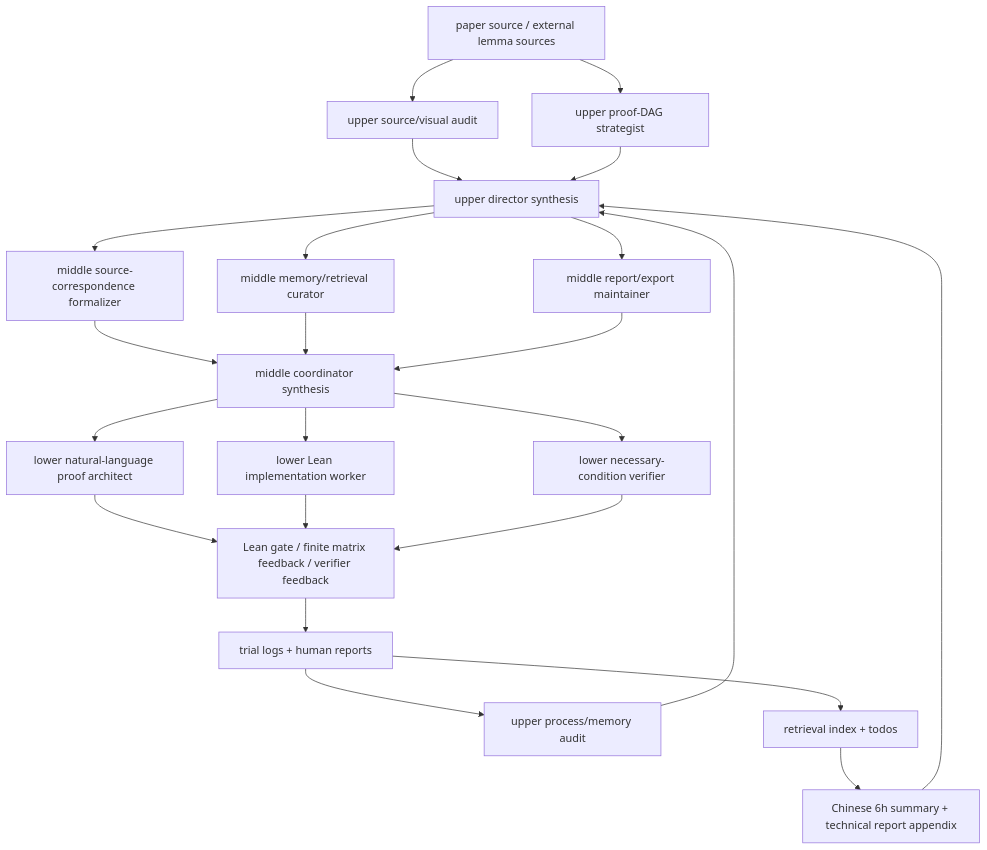
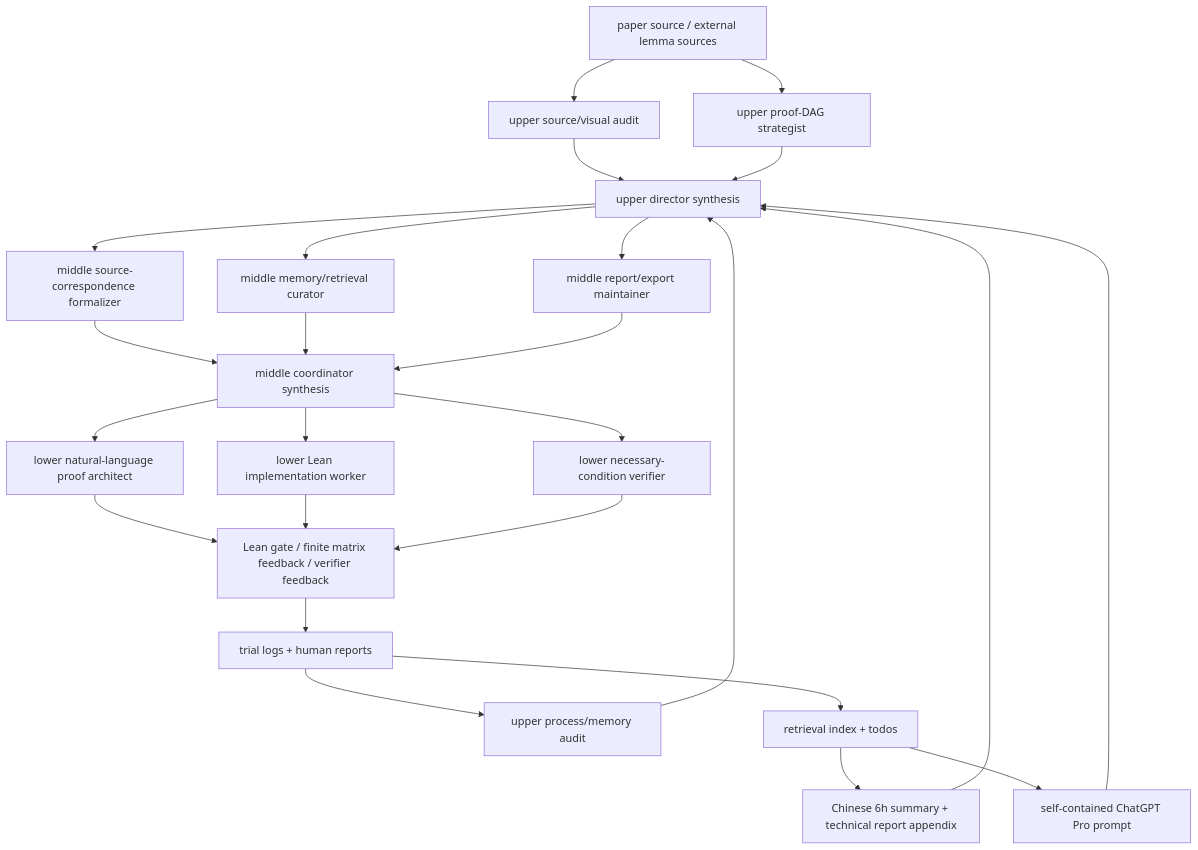
Before and after one commit to DakeBU/Quantum-Computing-Block-Encoding: the diagram in README.md, drawn with Mermaid. The commit also changed other lines of this file and 16 other files, not shown here.

````diff
--- a/README.md
+++ b/README.md
@@ -144,25 +144,27 @@
 ```mermaid
 flowchart TD
   A["paper source / external lemma sources"] --> B["upper source/visual audit"]
   A --> C["upper proof-DAG strategist"]
   J["trial logs + human reports"] --> D["upper process/memory audit"]
   B --> E["upper director synthesis"]
   C --> E
   D --> E
   E --> F["middle source-correspondence formalizer"]
   E --> G["middle memory/retrieval curator"]
   E --> H["middle report/export maintainer"]
   F --> I["middle coordinator synthesis"]
   G --> I
   H --> I
   I --> M["lower natural-language proof architect"]
   I --> N["lower Lean implementation worker"]
   I --> P["lower necessary-condition verifier"]
   M --> O["Lean gate / finite matrix feedback / verifier feedback"]
   N --> O
   P --> O
   O --> J
   J --> K["retrieval index + todos"]
   K --> L["Chinese 6h summary + technical report appendix"]
+  K --> Q["self-contained ChatGPT Pro prompt"]
+  Q --> E
   L --> E
 ```
````
